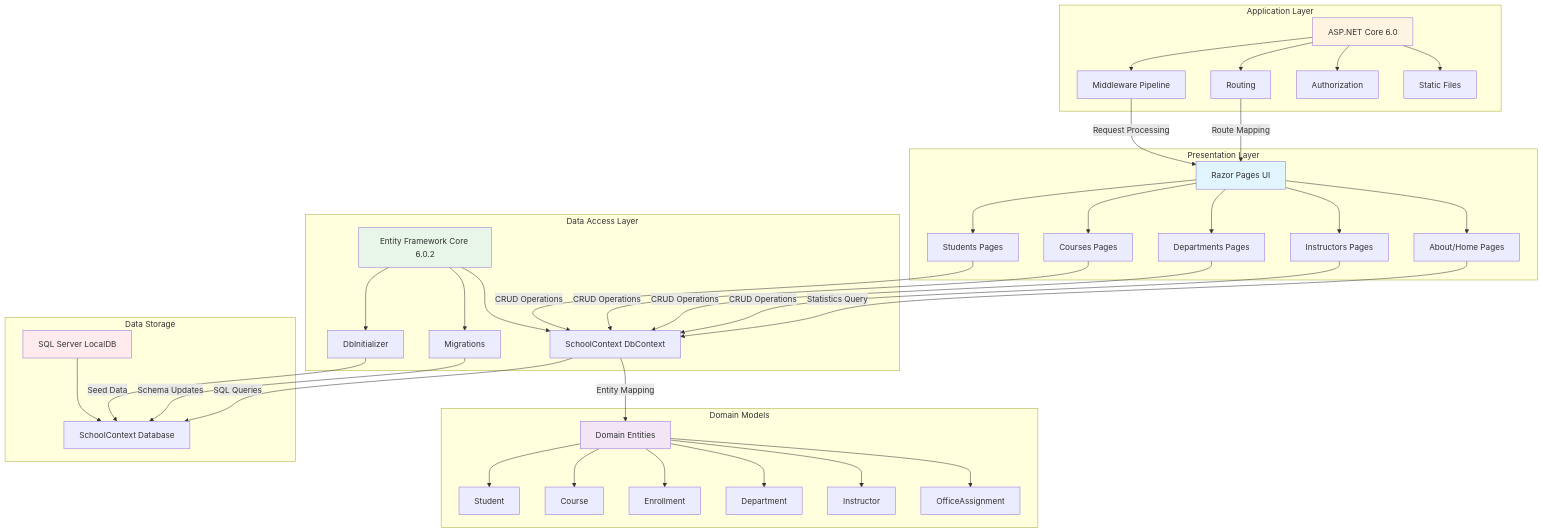
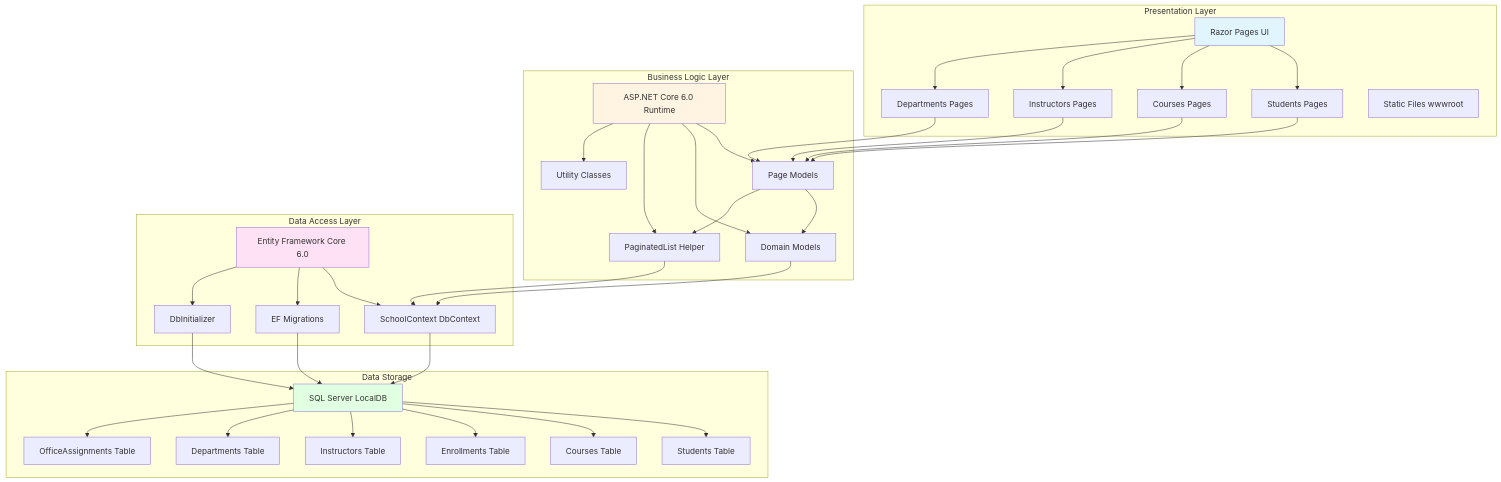
The diagram in .github/modernize/assessment-diagram.md (zhoufenqin/ContosoUniversity), drawn with Mermaid before and after one commit. The commit also changed other lines of this file and 2 other files, not shown here.

Commit message:
Add application assessment report and architecture diagram

````diff
--- a/.github/modernize/assessment-diagram.md
+++ b/.github/modernize/assessment-diagram.md
@@ -14,23 +12,22 @@
         A[Razor Pages UI]
         A1[Students Pages]
         A2[Courses Pages]
-        A3[Departments Pages]
-        A4[Instructors Pages]
-        A5[About/Home Pages]
+        A3[Instructors Pages]
+        A4[Departments Pages]
+        A5[Static Files wwwroot]
         
         A --> A1
         A --> A2
         A --> A3
         A --> A4
-        A --> A5
     end
     
-    subgraph "Application Layer"
-        B[ASP.NET Core 6.0]
-        B1[Middleware Pipeline]
-        B2[Routing]
-        B3[Authorization]
-        B4[Static Files]
+    subgraph "Business Logic Layer"
+        B[ASP.NET Core 6.0 Runtime]
+        B1[Page Models]
+        B2[Domain Models]
+        B3[PaginatedList Helper]
+        B4[Utility Classes]
         
         B --> B1
         B --> B2
@@ -39,24 +36,24 @@
     end
     
     subgraph "Data Access Layer"
-        C[Entity Framework Core 6.0.2]
+        C[Entity Framework Core 6.0]
         C1[SchoolContext DbContext]
-        C2[DbInitializer]
-        C3[Migrations]
+        C2[EF Migrations]
+        C3[DbInitializer]
         
         C --> C1
         C --> C2
         C --> C3
     end
     
-    subgraph "Domain Models"
-        D[Domain Entities]
-        D1[Student]
-        D2[Course]
-        D3[Enrollment]
-        D4[Department]
-        D5[Instructor]
-        D6[OfficeAssignment]
+    subgraph "Data Storage"
+        D[SQL Server LocalDB]
+        D1[Students Table]
+        D2[Courses Table]
+        D3[Enrollments Table]
+        D4[Instructors Table]
+        D5[Departments Table]
+        D6[OfficeAssignments Table]
         
         D --> D1
         D --> D2
@@ -66,30 +63,23 @@
         D --> D6
     end
     
-    subgraph "Data Storage"
-        E[SQL Server LocalDB]
-        E1[SchoolContext Database]
-        
-        E --> E1
-    end
+    A1 --> B1
+    A2 --> B1
+    A3 --> B1
+    A4 --> B1
     
-    A1 -->|CRUD Operations| C1
-    A2 -->|CRUD Operations| C1
-    A3 -->|CRUD Operations| C1
-    A4 -->|CRUD Operations| C1
-    A5 -->|Statistics Query| C1
+    B1 --> B2
+    B1 --> B3
     
-    B1 -->|Request Processing| A
-    B2 -->|Route Mapping| A
+    B2 --> C1
+    B3 --> C1
     
-    C1 -->|Entity Mapping| D
-    C2 -->|Seed Data| E1
-    C3 -->|Schema Updates| E1
-    C1 -->|SQL Queries| E1
+    C1 --> D
+    C2 --> D
+    C3 --> D
     
     style A fill:#e1f5ff
     style B fill:#fff4e1
-    style C fill:#e8f5e9
-    style D fill:#f3e5f5
-    style E fill:#ffebee
+    style C fill:#ffe1f5
+    style D fill:#e1ffe1
 ```
````
